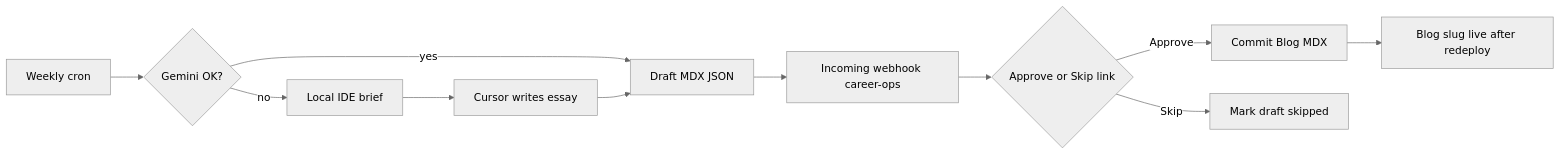
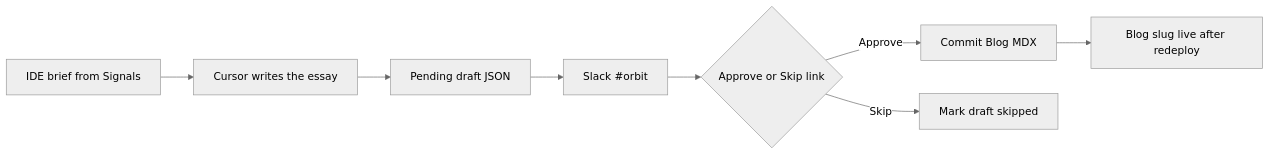
One commit to AlexTouvras/Orbit changed the second of 3 diagrams in src/content/writes/building-orbit.mdx. Above: the diagram before and after it, drawn with Mermaid (neutral theme). The commit also changed other lines of this file and 17 other files, not shown here.

First line of the commit message:
Drop the Gemini weekly draft and keep one essay bar.

````diff
--- a/src/content/writes/building-orbit.mdx
+++ b/src/content/writes/building-orbit.mdx
@@ -67,13 +67,10 @@
 ```mermaid
 flowchart LR
-  cron[Weekly cron] --> gemini{Gemini OK?}
-  gemini -->|yes| draft[Draft MDX JSON]
-  gemini -->|no| ideBrief[Local IDE brief]
-  ideBrief --> cursor[Cursor writes essay]
-  cursor --> draft
-  draft --> slack[Incoming webhook career-ops]
+  brief[IDE brief from Signals] --> cursor[Cursor writes the essay]
+  cursor --> draft[Pending draft JSON]
+  draft --> slack[Slack #orbit]
   slack --> you{Approve or Skip link}
   you -->|Approve| publish[Commit Blog MDX]
   you -->|Skip| discard[Mark draft skipped]
   publish --> site[Blog slug live after redeploy]
 ```
````
